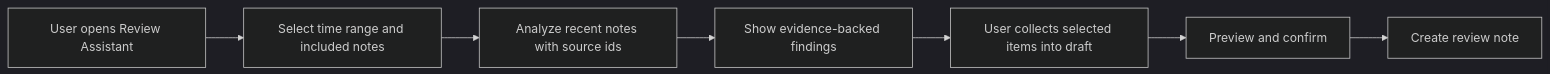
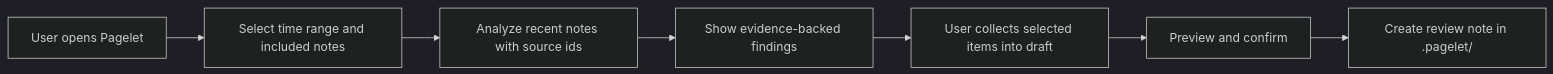
Before and after one commit to edonyzpc/personal-assistant: the first of 2 diagrams in docs/review-assistant-product-design.md, drawn with Mermaid (dark theme). The commit also changed other lines of this file and 6 other files, not shown here.

````diff
--- a/docs/review-assistant-product-design.md
+++ b/docs/review-assistant-product-design.md
@@ -39,12 +41,12 @@
 ```mermaid
 flowchart LR
-  Trigger["User opens Review Assistant"]
+  Trigger["User opens Pagelet"]
   Select["Select time range and included notes"]
   Analyze["Analyze recent notes with source ids"]
   Findings["Show evidence-backed findings"]
   Collect["User collects selected items into draft"]
   Confirm["Preview and confirm"]
-  Note["Create review note"]
+  Note["Create review note in .pagelet/"]
 
   Trigger --> Select --> Analyze --> Findings --> Collect --> Confirm --> Note
 ```
````
